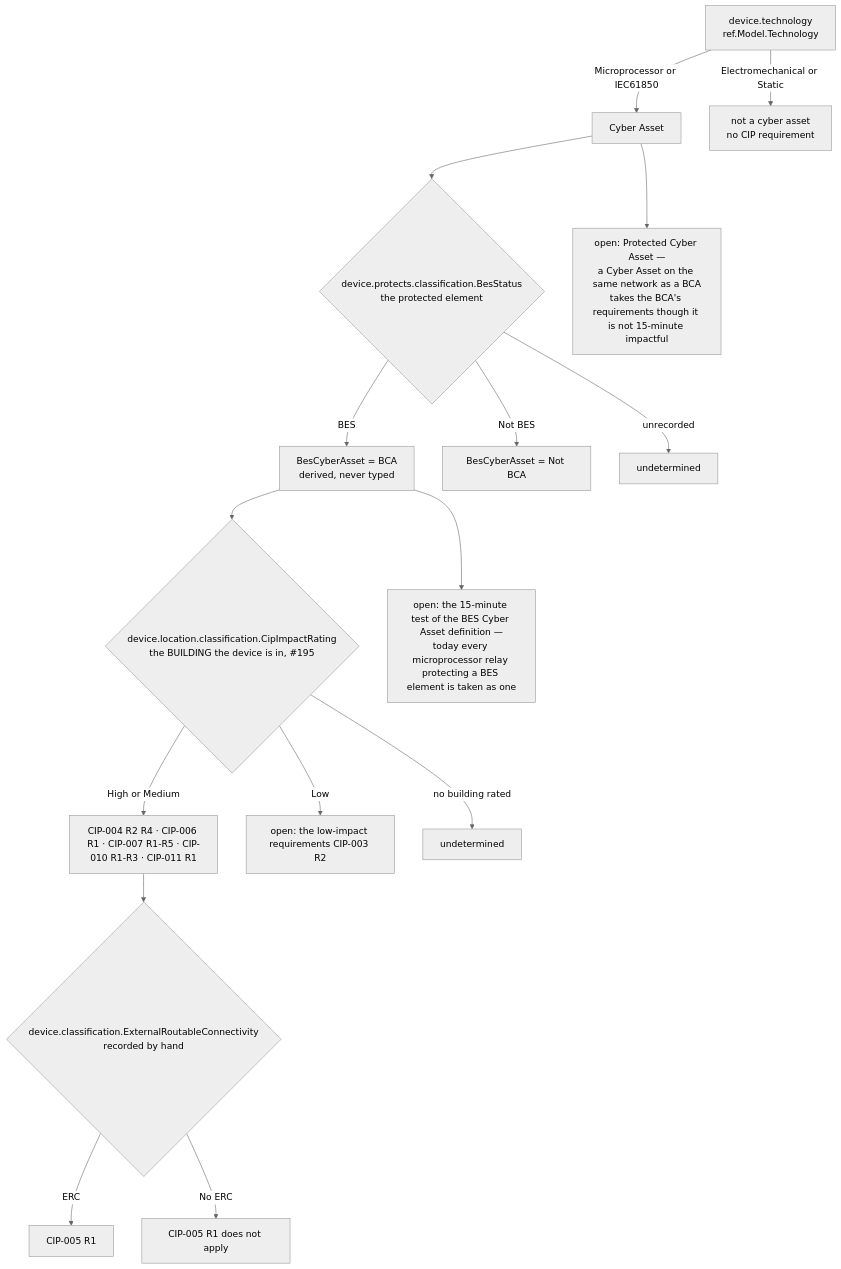
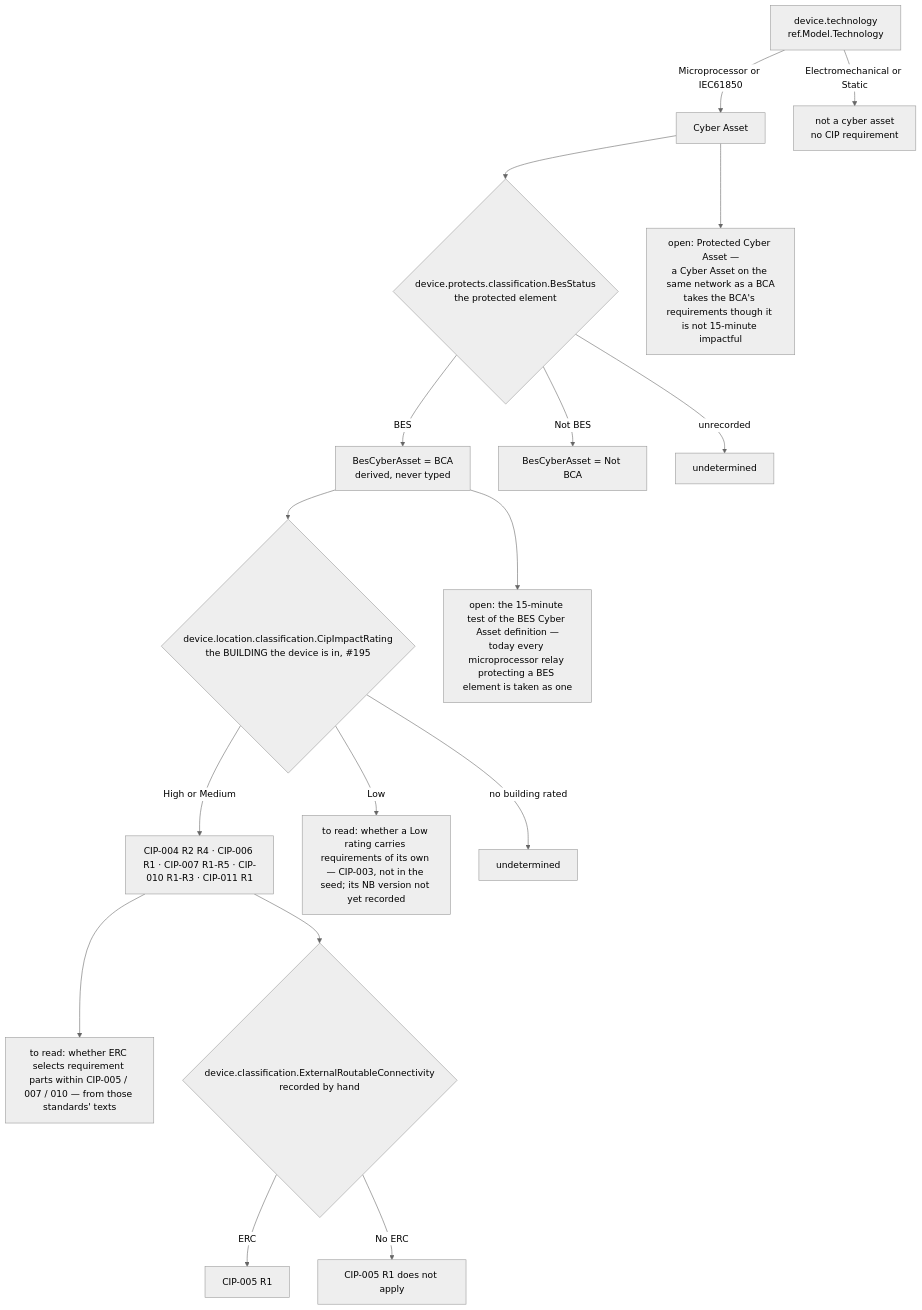
Before and after one commit to dsverner/PnCPlatform_V2: the first of 3 diagrams in docs/design/APPLICABILITY.md, drawn with Mermaid (neutral theme). The commit also changed other lines of this file and 2 other files, not shown here.

````diff
--- a/docs/design/APPLICABILITY.md
+++ b/docs/design/APPLICABILITY.md
@@ -27,18 +31,19 @@
 ```mermaid
 flowchart TD
     T[device.technology<br/>ref.Model.Technology] -->|Microprocessor or IEC61850| CA[Cyber Asset]
     T -->|Electromechanical or Static| NCA[not a cyber asset<br/>no CIP requirement]
     CA --> E{device.protects.classification.BesStatus<br/>the protected element}
     E -->|BES| BCA[BesCyberAsset = BCA<br/>derived, never typed]
     E -->|Not BES| NB[BesCyberAsset = Not BCA]
     E -->|unrecorded| U1[undetermined]
     BCA --> R{device.location.classification.CipImpactRating<br/>the BUILDING the device is in, #195}
     R -->|High or Medium| CIP[CIP-004 R2 R4 · CIP-006 R1 · CIP-007 R1-R5 · CIP-010 R1-R3 · CIP-011 R1]
-    R -->|Low| LOW[open: the low-impact requirements CIP-003 R2]
+    R -->|Low| LOW[to read: whether a Low rating carries requirements of its own — CIP-003, not in the seed; its NB version not yet recorded]
     R -->|no building rated| U2[undetermined]
+    CIP --> PARTS[to read: whether ERC selects requirement parts within CIP-005 / 007 / 010 — from those standards' texts]
     CIP --> ERC{device.classification.ExternalRoutableConnectivity<br/>recorded by hand}
     ERC -->|ERC| C5[CIP-005 R1]
     ERC -->|No ERC| C5N[CIP-005 R1 does not apply]
     CA --> PCA[open: Protected Cyber Asset —<br/>a Cyber Asset on the same network as a BCA<br/>takes the BCA's requirements though it is not 15-minute impactful]
     BCA --> FIFTEEN[open: the 15-minute test of the BES Cyber Asset definition —<br/>today every microprocessor relay protecting a BES element is taken as one]
 ```
````
